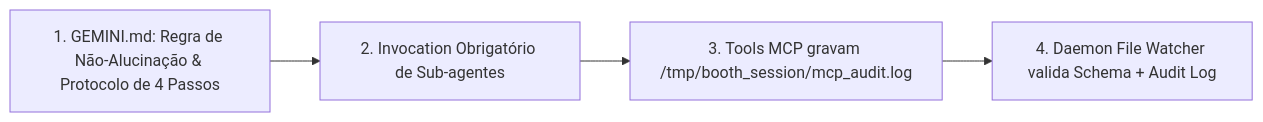
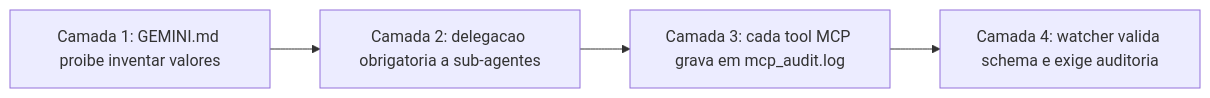
The second of 3 diagrams in specs/03_AGY_HARNESS_AND_INTEGRATION_SPEC.md (carlosmscabral/jogo-de-navinha-agy-summit-26), drawn with Mermaid before and after one commit. The commit also changed other lines of this file and 10 other files, not shown here.

````diff
--- a/specs/03_AGY_HARNESS_AND_INTEGRATION_SPEC.md
+++ b/specs/03_AGY_HARNESS_AND_INTEGRATION_SPEC.md
@@ -64,6 +151,6 @@
 ```mermaid
 graph LR
-    P1[1. GEMINI.md: Regra de Não-Alucinação & Protocolo de 4 Passos] --> P2[2. Invocation Obrigatório de Sub-agentes]
-    P2 --> P3[3. Tools MCP gravam /tmp/booth_session/mcp_audit.log]
-    P3 --> P4[4. Daemon File Watcher valida Schema + Audit Log]
+    C1[Camada 1: GEMINI.md proibe inventar valores] --> C2[Camada 2: delegacao obrigatoria a sub-agentes]
+    C2 --> C3[Camada 3: cada tool MCP grava em mcp_audit.log]
+    C3 --> C4[Camada 4: watcher valida schema e exige auditoria]
 ```
````
